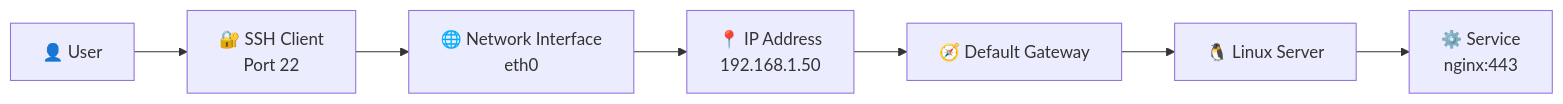
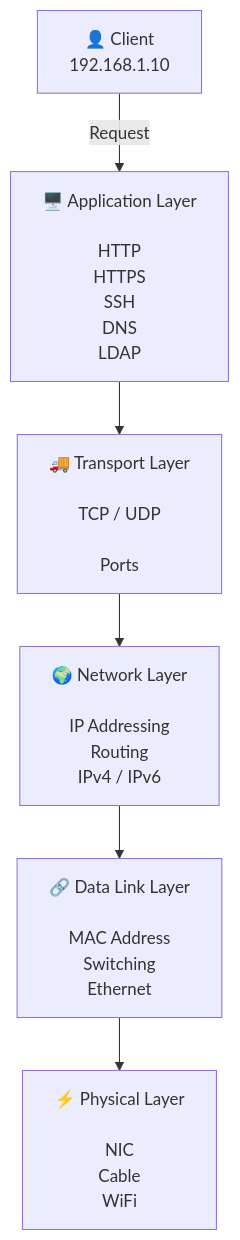
The diagram in 01-Linux/06-Networking/01-Networking-basics/README.md (b-ShakeriFard/dev-ops), drawn with Mermaid before and after one commit. The commit also changed other lines of this file, not shown here.

````diff
--- a/01-Linux/06-Networking/01-Networking-basics/README.md
+++ b/01-Linux/06-Networking/01-Networking-basics/README.md
@@ -24,26 +24,24 @@
 ```mermaid
-flowchart LR
+flowchart TB
 
-    USER["👤 User"]
+    APP["🖥️ Application Layer<br/><br/>HTTP<br/>HTTPS<br/>SSH<br/>DNS<br/>LDAP"]
 
-    SSH["🔐 SSH Client<br/>Port 22"]
+    TRANS["🚚 Transport Layer<br/><br/>TCP / UDP<br/><br/>Ports"]
 
-    NIC["🌐 Network Interface<br/>eth0"]
+    NET["🌍 Network Layer<br/><br/>IP Addressing<br/>Routing<br/>IPv4 / IPv6"]
 
-    IP["📍 IP Address<br/>192.168.1.50"]
+    LINK["🔗 Data Link Layer<br/><br/>MAC Address<br/>Switching<br/>Ethernet"]
 
-    ROUTER["🧭 Default Gateway"]
-
-    SERVER["🐧 Linux Server"]
-
-    SERVICE["⚙️ Service<br/>nginx:443"]
+    PHY["⚡ Physical Layer<br/><br/>NIC<br/>Cable<br/>WiFi"]
 
 
-    USER --> SSH
-    SSH --> NIC
-    NIC --> IP
-    IP --> ROUTER
-    ROUTER --> SERVER
-    SERVER --> SERVICE
+    APP --> TRANS
+    TRANS --> NET
+    NET --> LINK
+    LINK --> PHY
 
-```
+
+    CLIENT["👤 Client<br/>192.168.1.10"]
+
+    CLIENT -->|Request| APP
+  ```
````
